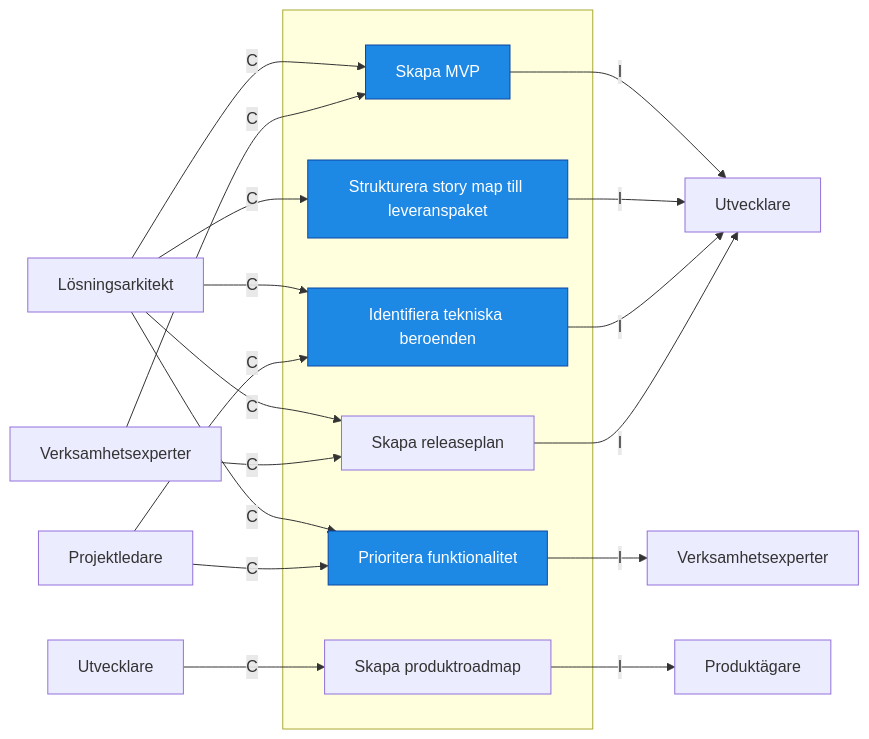
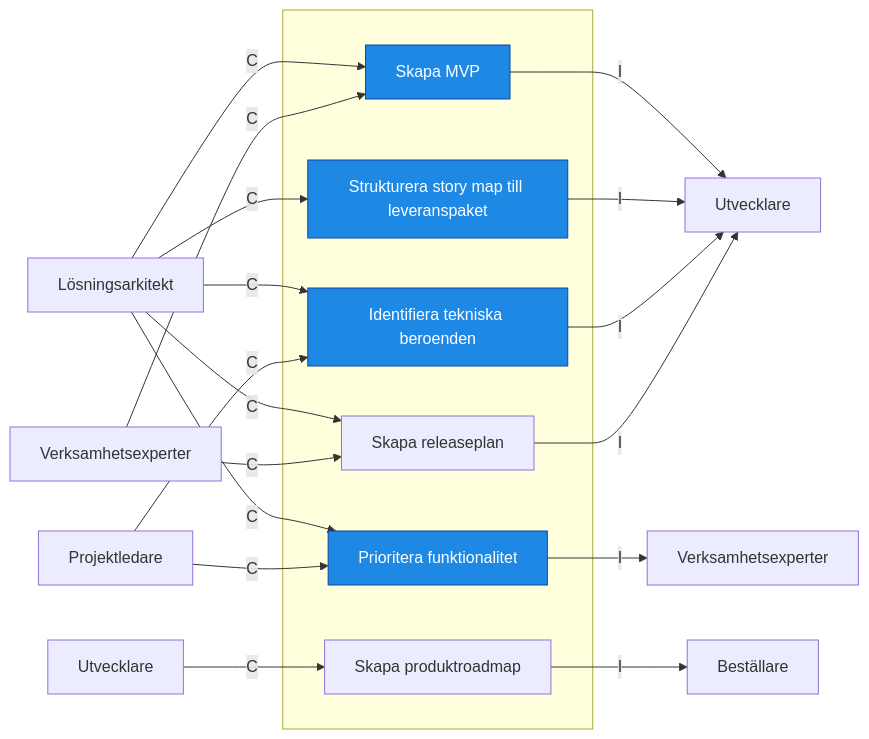
Before and after one commit to Riniga/valuestream-os: the third of 3 diagrams in framework/standard/RACI/3. Roadmap.md, drawn with Mermaid. The commit also changed other lines of this file and 109 other files, not shown here.

Commit message:
Justerat produktägare till beställare

````diff
--- a/framework/standard/RACI/3. Roadmap.md
+++ b/framework/standard/RACI/3. Roadmap.md
@@ -80,49 +80,49 @@
 ```mermaid
 flowchart LR
     subgraph " "
         A1["Skapa MVP"]
         A2["Strukturera story map till leveranspaket"]
         A3["Identifiera tekniska beroenden"]
         A4["Prioritera funktionalitet"]
         A5["Skapa releaseplan"]
         A6["Skapa produktroadmap"]
     end
 
     %% ROLLER (ENDAST DE SOM HAR R)
     LA["Lösningsarkitekt"]
     PL["Projektledare"]
     VX["Verksamhetsexperter"]
     UT["Utvecklare"]
 
     UT2["Utvecklare"]
     VX2["Verksamhetsexperter"]
-    PA["Produktägare"]
+    PA["Beställare"]
 
 
     LA -- C --> A1
     VX -- C --> A1
     LA -- C --> A2
     LA -- C --> A3
     PL -- C --> A3
     LA -- C --> A4
     PL -- C --> A4
     LA -- C --> A5
     VX -- C --> A5
     UT -- C --> A6
 
     A1 -- I --> UT2
     A2 -- I --> UT2
     A3 -- I --> UT2
     A4 -- I --> VX2
     A5 -- I --> UT2
     A6 -- I --> PA
 
     %% STYLING
     classDef seq fill:#1e88e5,stroke:#0d47a1,color:#fff;
     classDef par fill:#43a047,stroke:#1b5e20,color:#fff;
     classDef slut fill:#6a1b9a,stroke:#4a148c,color:#fff;
 
     class A1,A2,A3,A4 seq;
     class B1,B2,B3 par;
     class C1,C2,C3 slut;
 ```
````
